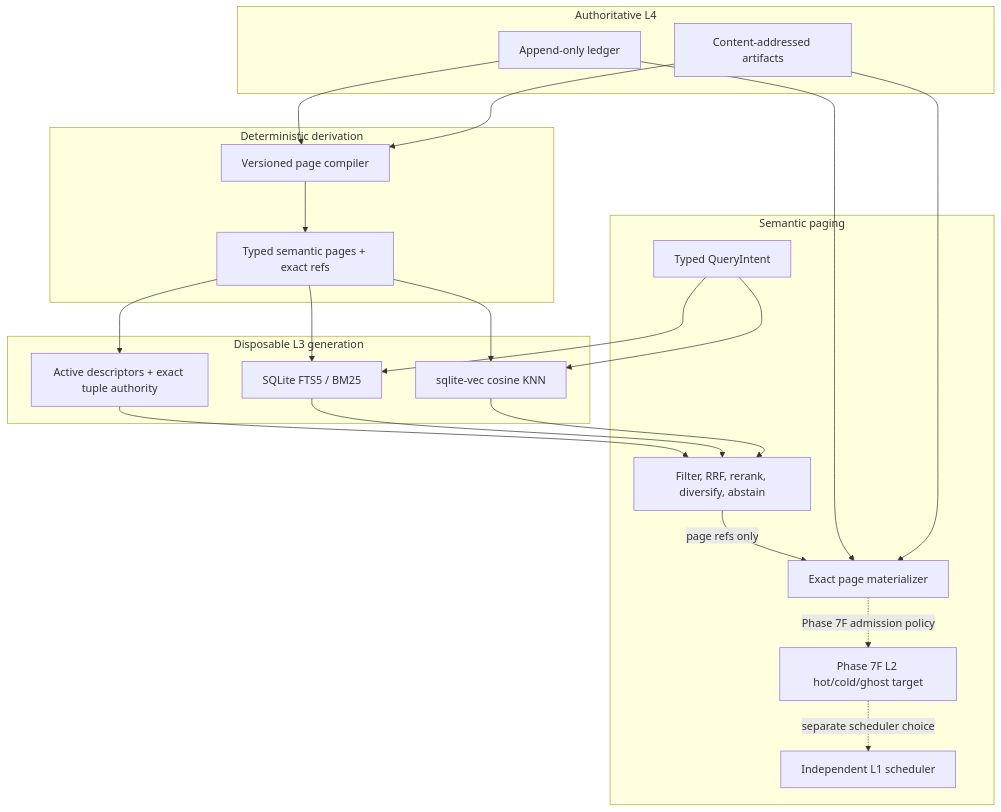
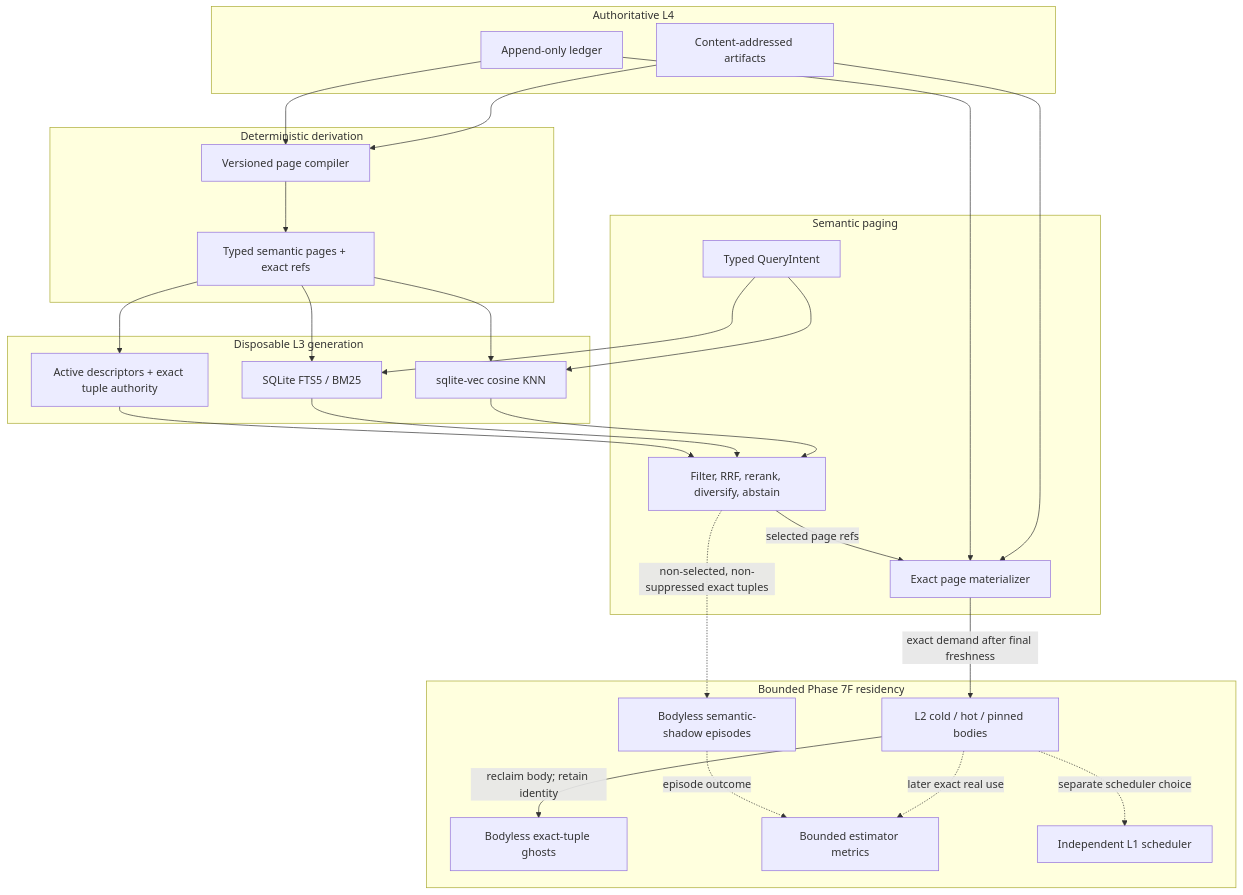
Before and after one commit to rexbrahh/WSMS: the sixth of 11 diagrams in docs/architecture.md, drawn with Mermaid. The commit also changed other lines of this file and 4 other files, not shown here.

````diff
--- a/docs/architecture.md
+++ b/docs/architecture.md
@@ -497,43 +497,53 @@
 ```mermaid
 flowchart TB
     subgraph Truth["Authoritative L4"]
         LED["Append-only ledger"]
         ART["Content-addressed artifacts"]
     end
 
     subgraph Derivation["Deterministic derivation"]
         PC["Versioned page compiler"]
         PG["Typed semantic pages + exact refs"]
     end
 
     subgraph Index["Disposable L3 generation"]
         FTS["SQLite FTS5 / BM25"]
         VEC["sqlite-vec cosine KNN"]
         META["Active descriptors + exact tuple authority"]
     end
 
     subgraph Paging["Semantic paging"]
         Q["Typed QueryIntent"]
         RET["Filter, RRF, rerank, diversify, abstain"]
         MAT["Exact page materializer"]
-        L2["Phase 7F L2 hot/cold/ghost target"]
+    end
+
+    subgraph Residency["Bounded Phase 7F residency"]
+        L2["L2 cold / hot / pinned bodies"]
+        GHOST["Bodyless exact-tuple ghosts"]
+        SHADOW["Bodyless semantic-shadow episodes"]
+        RSTAT["Bounded estimator metrics"]
         L1["Independent L1 scheduler"]
     end
 
     LED --> PC
     ART --> PC
     PC --> PG
     PG --> FTS
     PG --> VEC
     PG --> META
     Q --> FTS
     Q --> VEC
     META --> RET
     FTS --> RET
     VEC --> RET
-    RET -->|"page refs only"| MAT
+    RET -->|"selected page refs"| MAT
     LED --> MAT
     ART --> MAT
-    MAT -.->|"Phase 7F admission policy"| L2
+    MAT -->|"exact demand after final freshness"| L2
+    RET -.->|"non-selected, non-suppressed exact tuples"| SHADOW
+    L2 -->|"reclaim body; retain identity"| GHOST
+    SHADOW -.->|"episode outcome"| RSTAT
+    L2 -.->|"later exact real use"| RSTAT
     L2 -.->|"separate scheduler choice"| L1
 ```
````
